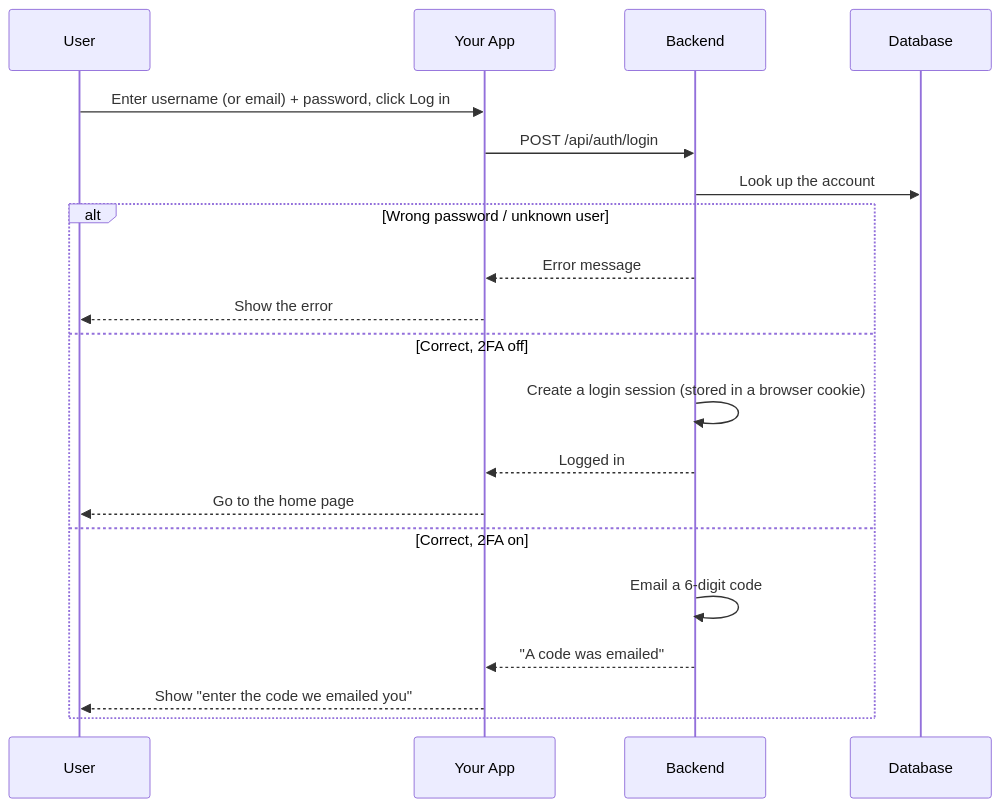
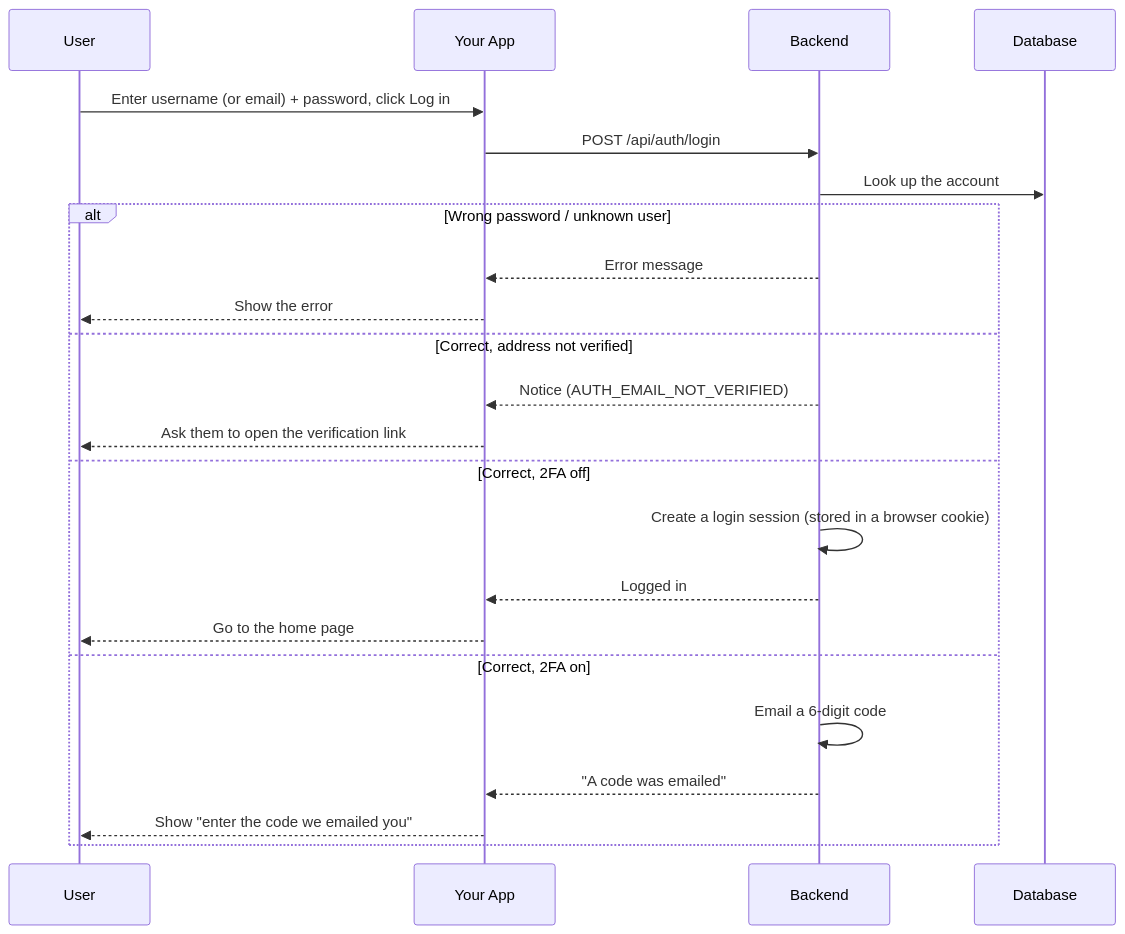
The second of 8 diagrams in docs/backend/backend-auth-module.md (J00ZzZ/ft_transcendence), drawn with Mermaid before and after one commit. The commit also changed other lines of this file and 13 other files, not shown here.

Commit message:
Hotfix: Fixed issue where emailVerified was not checked. Fixed issue where agreement checkbox was a dummy. Added links to Terms of Service and Privacy docs in the Sign Up page.

````diff
--- a/docs/backend/backend-auth-module.md
+++ b/docs/backend/backend-auth-module.md
@@ -225,23 +225,26 @@
 ```mermaid
 sequenceDiagram
     participant User
     participant Site as Your App
     participant Server as Backend
     participant DB as Database
 
     User->>Site: Enter username (or email) + password, click Log in
     Site->>Server: POST /api/auth/login
     Server->>DB: Look up the account
     alt Wrong password / unknown user
         Server-->>Site: Error message
         Site-->>User: Show the error
+    else Correct, address not verified
+        Server-->>Site: Notice (AUTH_EMAIL_NOT_VERIFIED)
+        Site-->>User: Ask them to open the verification link
     else Correct, 2FA off
         Server->>Server: Create a login session (stored in a browser cookie)
         Server-->>Site: Logged in
         Site-->>User: Go to the home page
     else Correct, 2FA on
         Server->>Server: Email a 6-digit code
         Server-->>Site: "A code was emailed"
         Site-->>User: Show "enter the code we emailed you"
     end
 ```
````
